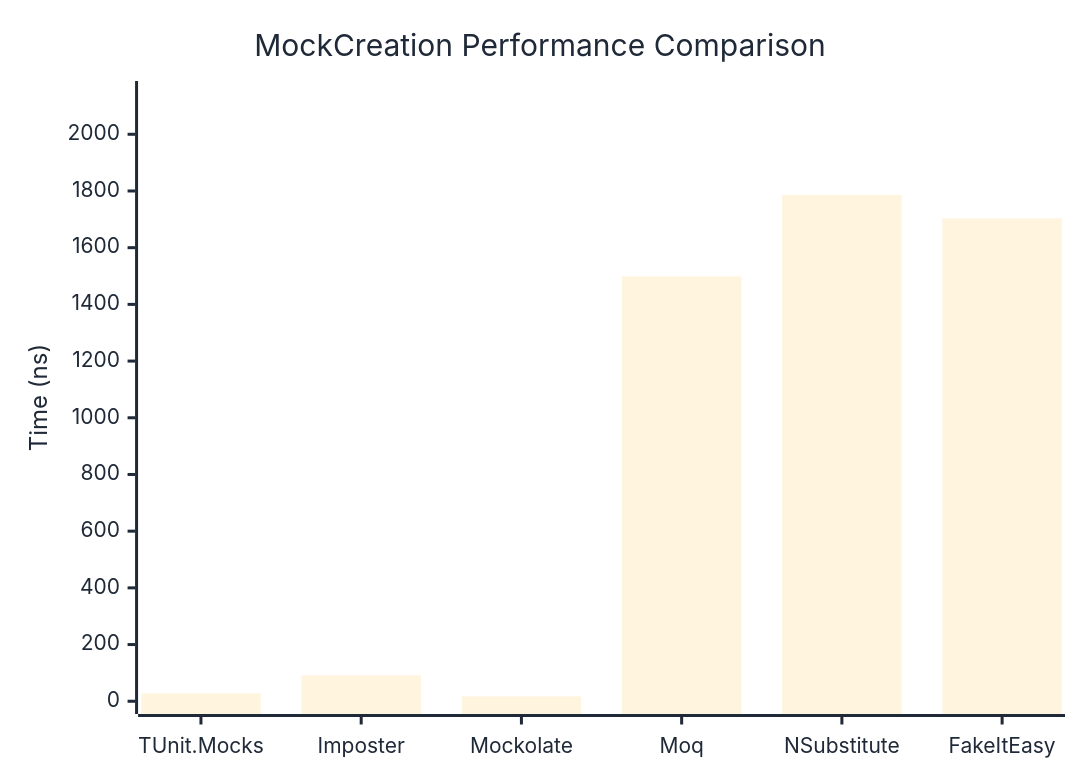
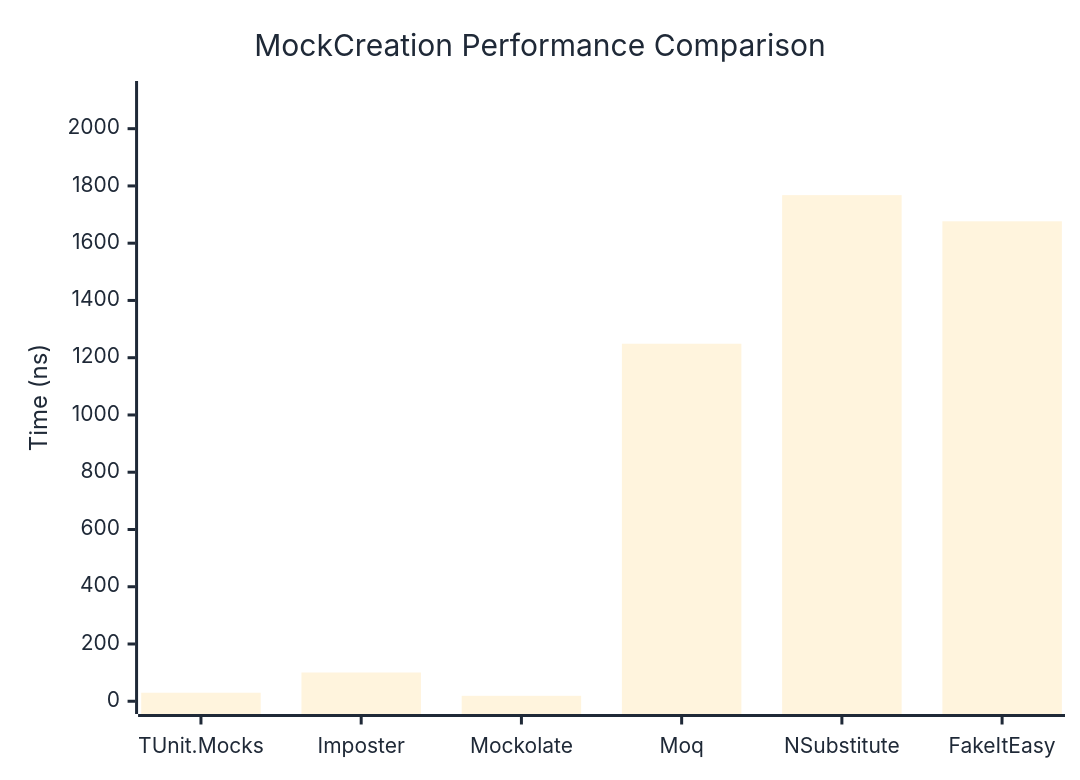
One commit to thomhurst/TUnit changed the first of 2 diagrams in docs/docs/benchmarks/mocks/MockCreation.md. Above: the diagram before and after it, drawn with Mermaid. The commit also changed other lines of this file and 14 other files, not shown here.

````diff
--- a/docs/docs/benchmarks/mocks/MockCreation.md
+++ b/docs/docs/benchmarks/mocks/MockCreation.md
@@ -30,27 +30,27 @@
 ```mermaid
 %%{init: {
   'theme':'base',
   'themeVariables': {
     'primaryColor': '#2563eb',
     'primaryTextColor': '#1f2937',
     'primaryBorderColor': '#1e40af',
     'lineColor': '#6b7280',
     'secondaryColor': '#7c3aed',
     'tertiaryColor': '#dc2626',
     'background': '#ffffff',
     'pie1': '#2563eb',
     'pie2': '#7c3aed',
     'pie3': '#dc2626',
     'pie4': '#f59e0b',
     'pie5': '#10b981',
     'pie6': '#06b6d4',
     'pie7': '#ec4899',
     'pie8': '#6366f1'
   }
 }}%%
 xychart-beta
   title "MockCreation Performance Comparison"
   x-axis ["TUnit.Mocks", "Imposter", "Mockolate", "Moq", "NSubstitute", "FakeItEasy"]
-  y-axis "Time (ns)" 0 --> 2143
-  bar [28.02, 91.19, 17.05, 1498.58, 1785.62, 1703.44]
+  y-axis "Time (ns)" 0 --> 2122
+  bar [29.71, 100.44, 18.98, 1248.86, 1767.87, 1676.49]
 ```
````
